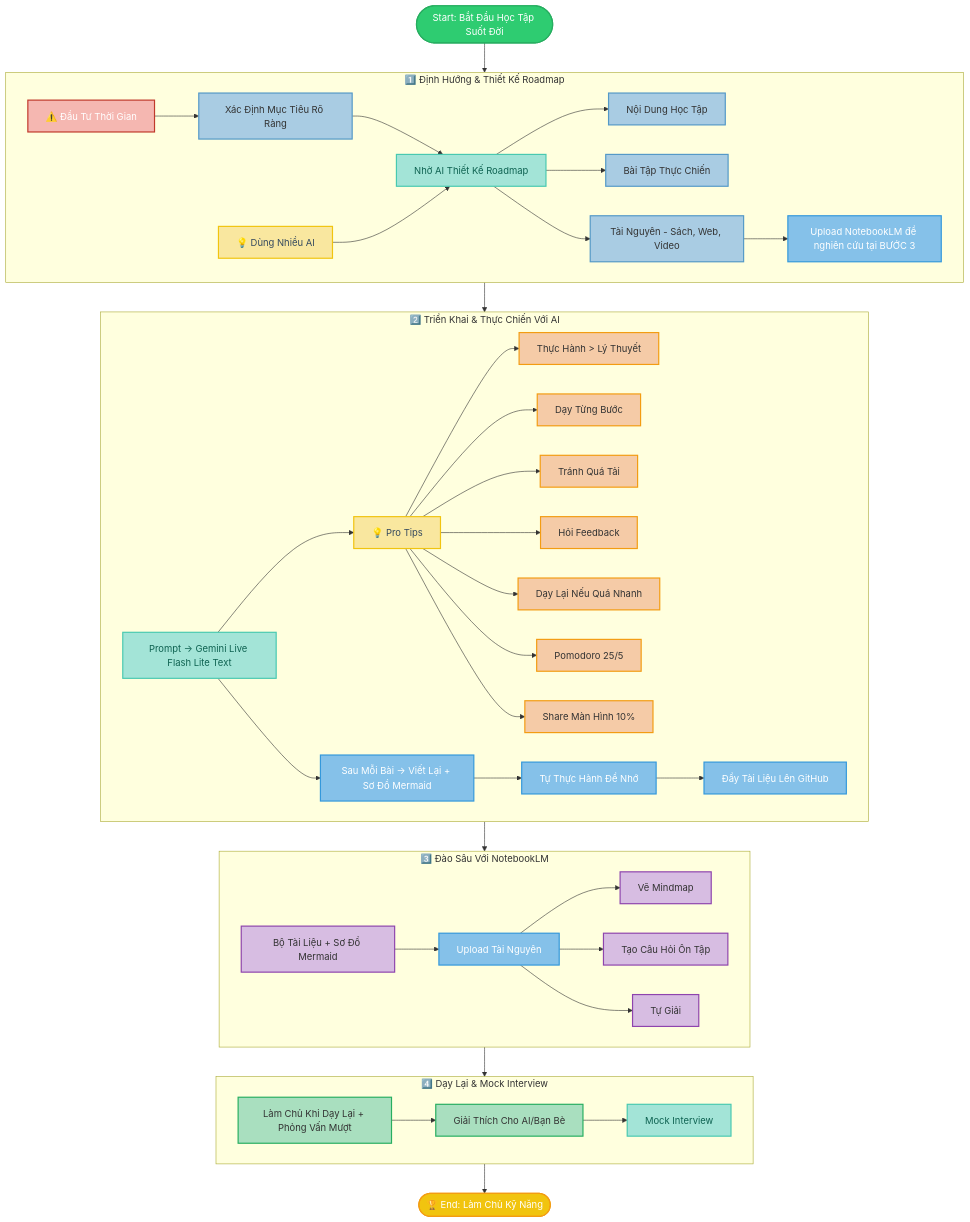
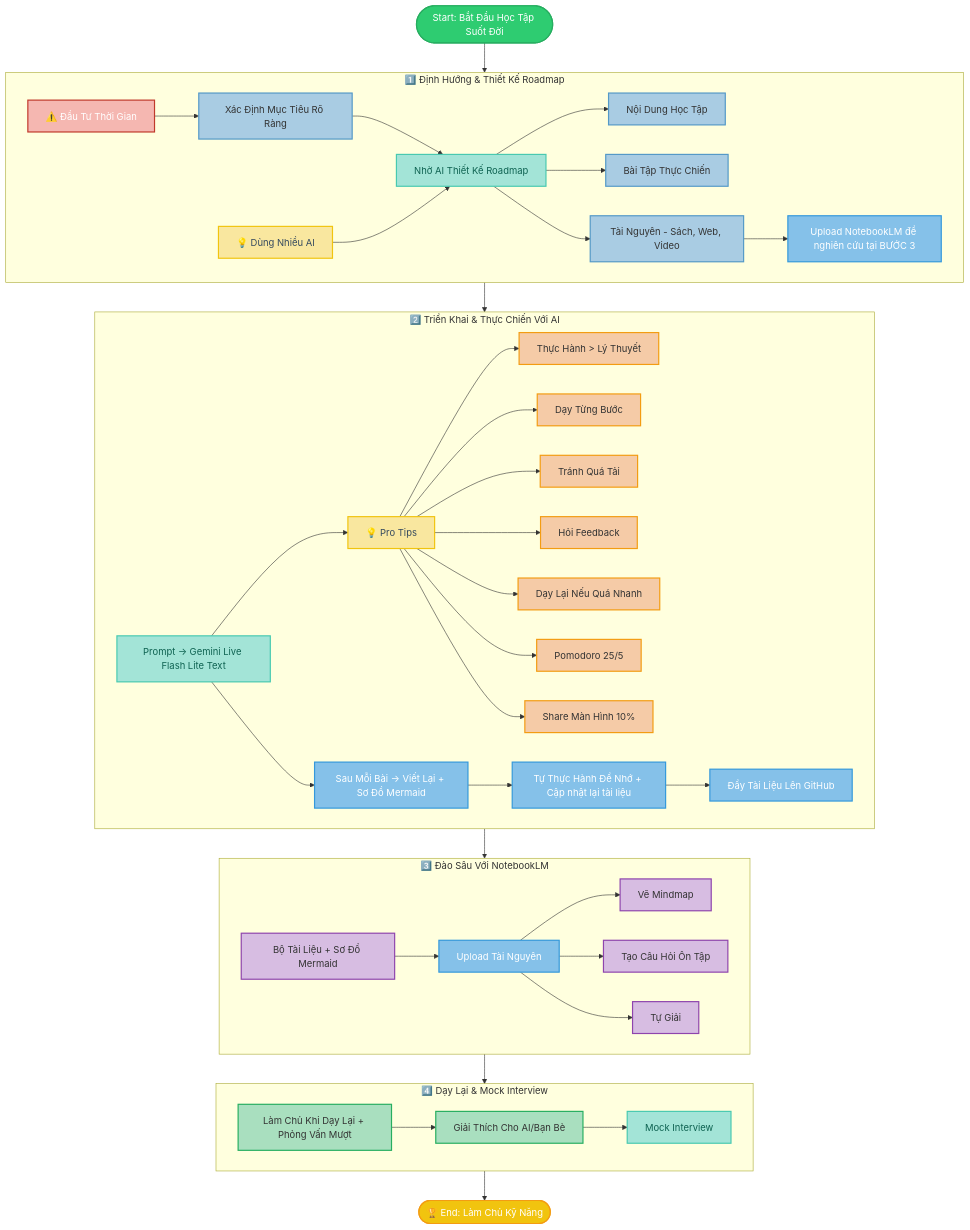
Before and after one commit to khanhnk-phuctho/lifelong-learning: the first of 5 diagrams in README.md, drawn with Mermaid. The commit also changed other lines of this file, not shown here.

```diff
--- a/README.md
+++ b/README.md
@@ -121,7 +121,7 @@
         Pomodoro[Pomodoro 25/5]:::step2_node
         ShareScreen[Share Màn Hình 10%]:::step2_node
         AfterLesson[Sau Mỗi Bài → Viết Lại + Sơ Đồ Mermaid]:::actionNode
-        SelfPractice[Tự Thực Hành Để Nhớ]:::actionNode
+        SelfPractice[Tự Thực Hành Để Nhớ + Cập nhật lại tài liệu]:::actionNode
         PushGit[Đẩy Tài Liệu Lên GitHub]:::actionNode
 
         Prompt --> ProTips
```
